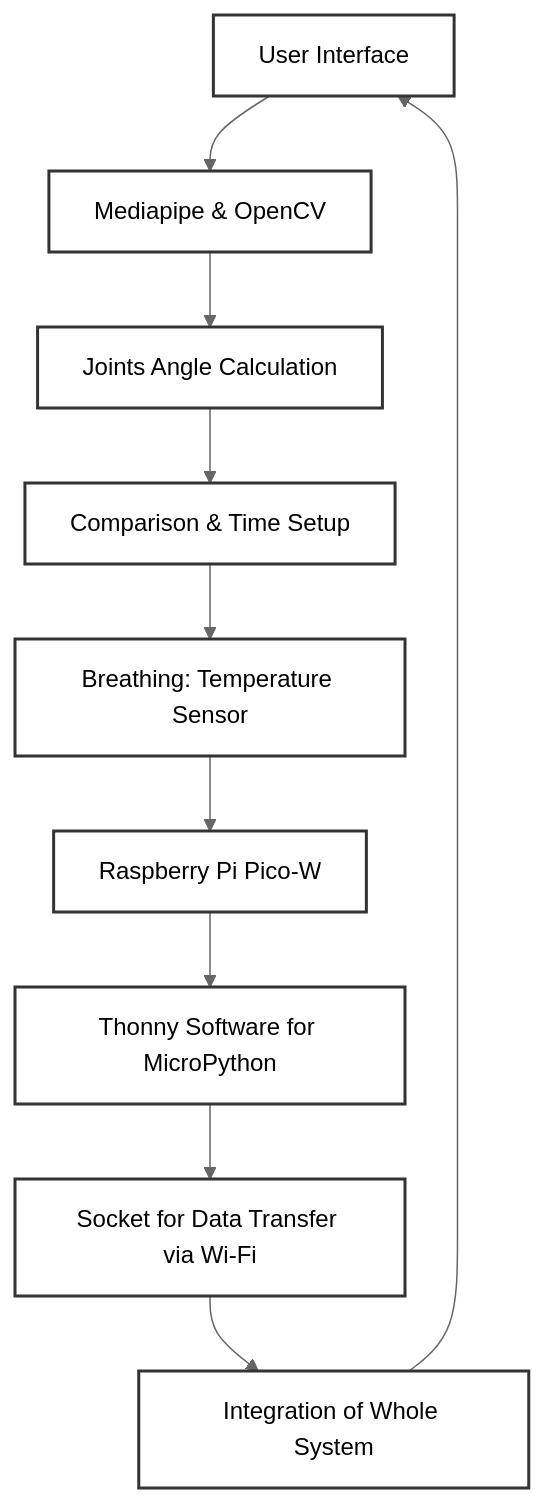
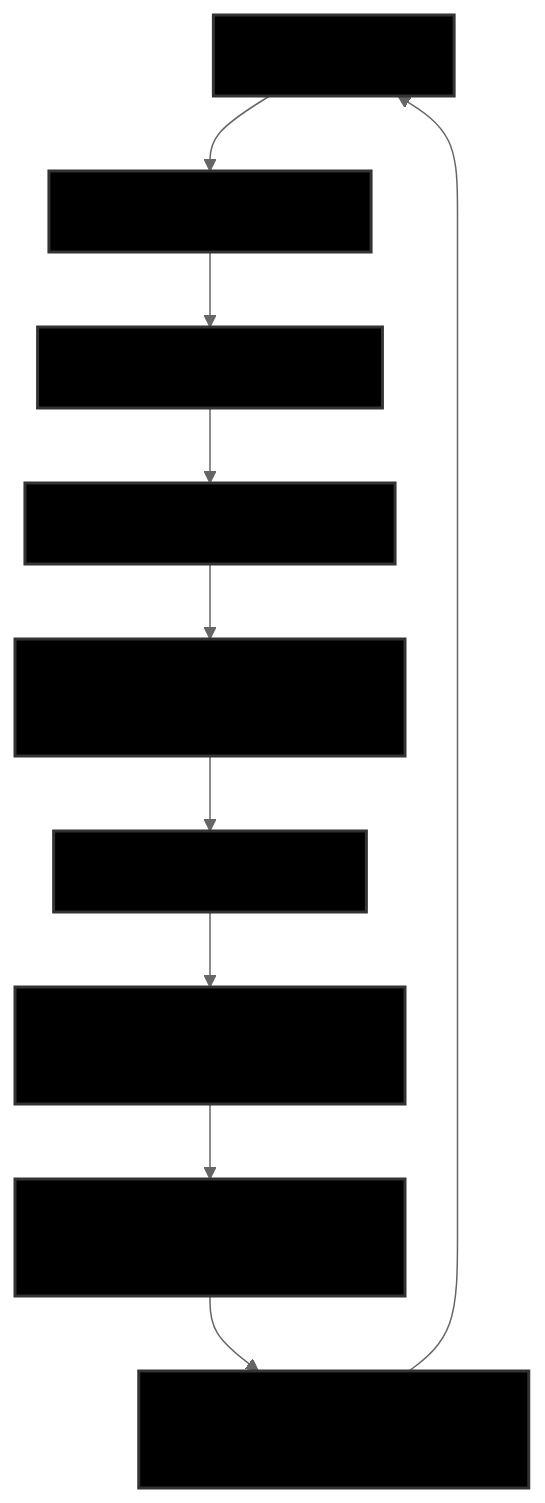
The diagram in README.md (simplyrin2/DigitalYogaMaster), drawn with Mermaid (neutral theme) before and after one commit.

````diff
--- a/README.md
+++ b/README.md
@@ -55,16 +55,16 @@
 ```mermaid
 graph TD
     A[User Interface] --> B[Mediapipe & OpenCV]
     B --> C[Joints Angle Calculation]
     C --> D[Comparison & Time Setup]
     D --> E[Breathing: Temperature Sensor]
     E --> F[Raspberry Pi Pico-W]
     F --> G[Thonny Software for MicroPython]
     G --> H[Socket for Data Transfer via Wi-Fi]
     H --> I[Integration of Whole System]
     I --> A
 
     %% Set text color to white
-    classDef whiteText fill:#ffffff,stroke:#333,stroke-width:2px
+    classDef whiteText fill:#000,stroke:#333,stroke-width:2px
     class A,B,C,D,E,F,G,H,I whiteText
 ```
````
